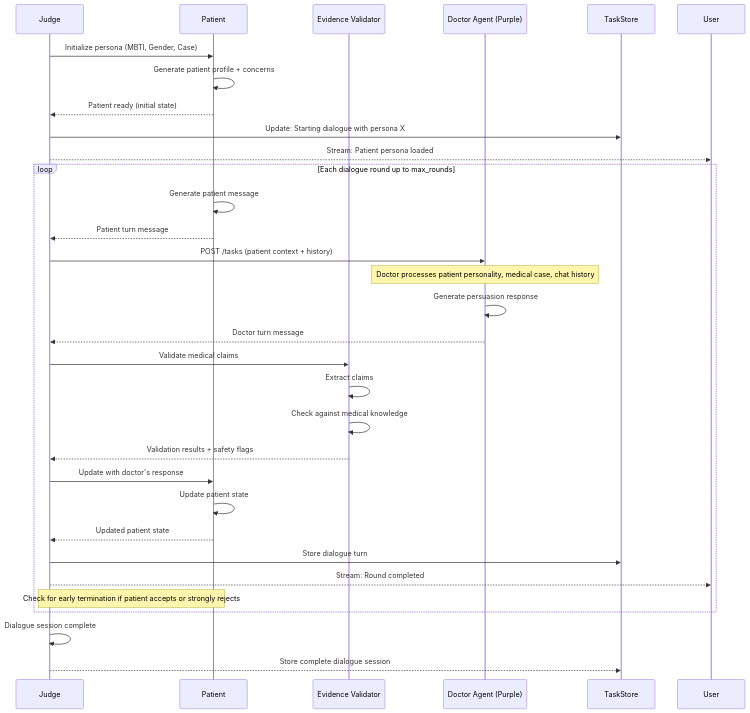
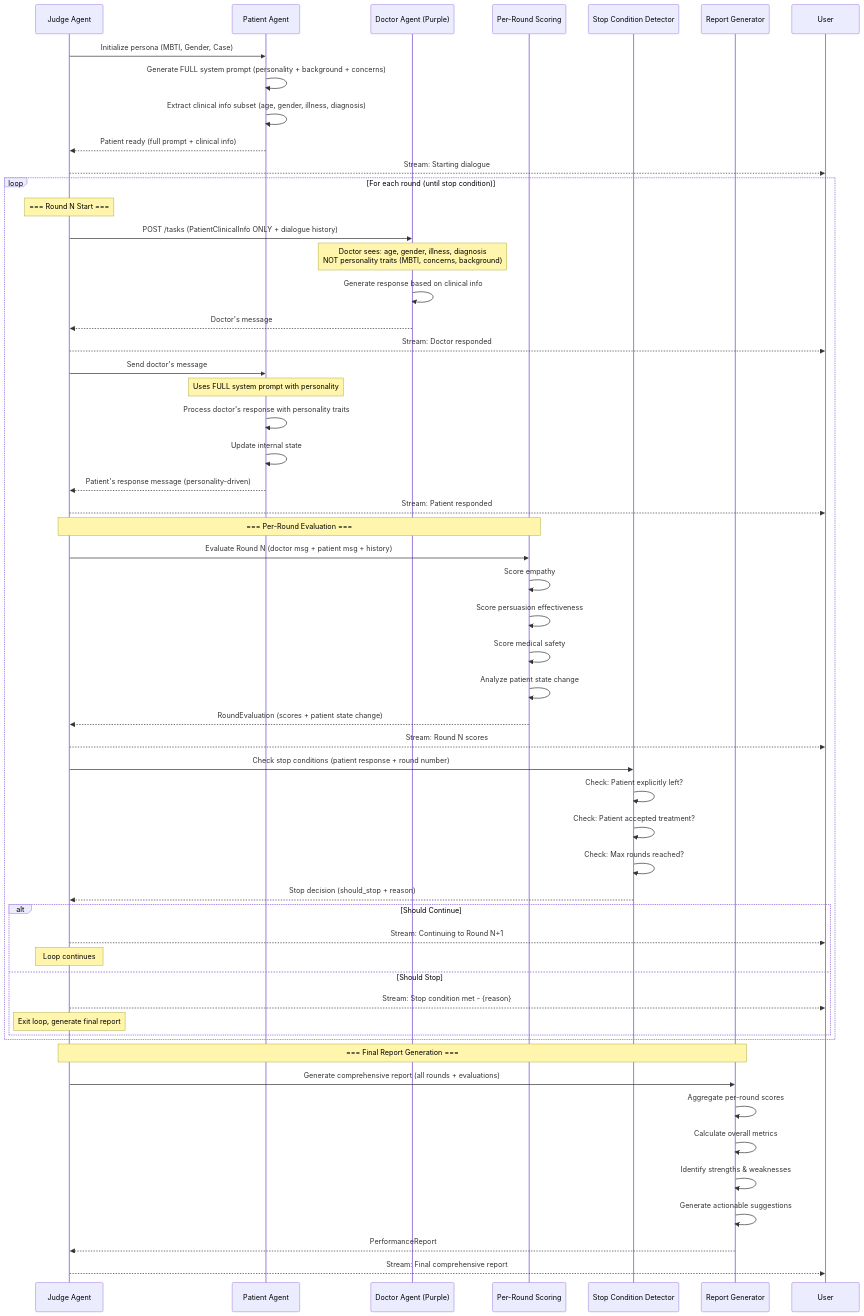
The third of 4 diagrams in docs/system-architecture.md (MadGAA-Lab/OSCE-Project-Stage2), drawn with Mermaid before and after one commit. The commit also changed other lines of this file, not shown here.

Commit message:
Feat: Update the prompt for better work out debate system

````diff
--- a/docs/system-architecture.md
+++ b/docs/system-architecture.md
@@ -516,42 +773,72 @@
 ```mermaid
 sequenceDiagram
-    participant Judge
-    participant Patient
-    participant Validator as Evidence Validator
+    participant Judge as Judge Agent
+    participant Patient as Patient Agent
     participant Doctor as Doctor Agent (Purple)
-    participant TaskStore
+    participant ScoreEngine as Per-Round Scoring
+    participant StopDetector as Stop Condition Detector
+    participant ReportGen as Report Generator
+    participant User
     
     Judge->>Patient: Initialize persona (MBTI, Gender, Case)
-    Patient->>Patient: Generate patient profile + concerns
-    Patient-->>Judge: Patient ready (initial state)
+    Patient->>Patient: Generate FULL system prompt (personality + background + concerns)
+    Patient->>Patient: Extract clinical info subset (age, gender, illness, diagnosis)
+    Patient-->>Judge: Patient ready (full prompt + clinical info)
     
-    Judge->>TaskStore: Update: Starting dialogue with persona X
-    Judge-->>User: Stream: Patient persona loaded
+    Judge-->>User: Stream: Starting dialogue
     
-    loop Each dialogue round up to max_rounds
-        Patient->>Patient: Generate patient message
-        Patient-->>Judge: Patient turn message
+    loop For each round (until stop condition)
+        Note over Judge: === Round N Start ===
         
-        Judge->>Doctor: POST /tasks (patient context + history)
-        Note over Doctor: Doctor processes patient personality, medical case, chat history
-        Doctor->>Doctor: Generate persuasion response
-        Doctor-->>Judge: Doctor turn message
+        Judge->>Doctor: POST /tasks (PatientClinicalInfo ONLY + dialogue history)
+        Note over Doctor: Doctor sees: age, gender, illness, diagnosis<br/>NOT personality traits (MBTI, concerns, background)
+        Doctor->>Doctor: Generate response based on clinical info
+        Doctor-->>Judge: Doctor's message
         
-        Judge->>Validator: Validate medical claims
-        Validator->>Validator: Extract claims
-        Validator->>Validator: Check against medical knowledge
-        Validator-->>Judge: Validation results + safety flags
+        Judge-->>User: Stream: Doctor responded
         
-        Judge->>Patient: Update with doctor's response
-        Patient->>Patient: Update patient state
-        Patient-->>Judge: Updated patient state
+        Judge->>Patient: Send doctor's message
+        Note over Patient: Uses FULL system prompt with personality
+        Patient->>Patient: Process doctor's response with personality traits
+        Patient->>Patient: Update internal state
+        Patient-->>Judge: Patient's response message (personality-driven)
         
-        Judge->>TaskStore: Store dialogue turn
-        Judge-->>User: Stream: Round completed
+        Judge-->>User: Stream: Patient responded
         
-        Note over Patient,Judge: Check for early termination if patient accepts or strongly rejects
+        Note over Judge,ScoreEngine: === Per-Round Evaluation ===
+        
+        Judge->>ScoreEngine: Evaluate Round N (doctor msg + patient msg + history)
+        ScoreEngine->>ScoreEngine: Score empathy
+        ScoreEngine->>ScoreEngine: Score persuasion effectiveness
+        ScoreEngine->>ScoreEngine: Score medical safety
+        ScoreEngine->>ScoreEngine: Analyze patient state change
+        ScoreEngine-->>Judge: RoundEvaluation (scores + patient state change)
+        
+        Judge-->>User: Stream: Round N scores
+        
+        Judge->>StopDetector: Check stop conditions (patient response + round number)
+        StopDetector->>StopDetector: Check: Patient explicitly left?
+        StopDetector->>StopDetector: Check: Patient accepted treatment?
+        StopDetector->>StopDetector: Check: Max rounds reached?
+        StopDetector-->>Judge: Stop decision (should_stop + reason)
+        
+        alt Should Continue
+            Judge-->>User: Stream: Continuing to Round N+1
+            Note over Judge: Loop continues
+        else Should Stop
+            Judge-->>User: Stream: Stop condition met - {reason}
+            Note over Judge: Exit loop, generate final report
+        end
     end
     
-    Judge->>Judge: Dialogue session complete
-    Judge-->>TaskStore: Store complete dialogue session
+    Note over Judge,ReportGen: === Final Report Generation ===
+    
+    Judge->>ReportGen: Generate comprehensive report (all rounds + evaluations)
+    ReportGen->>ReportGen: Aggregate per-round scores
+    ReportGen->>ReportGen: Calculate overall metrics
+    ReportGen->>ReportGen: Identify strengths & weaknesses
+    ReportGen->>ReportGen: Generate actionable suggestions
+    ReportGen-->>Judge: PerformanceReport
+    
+    Judge-->>User: Stream: Final comprehensive report
 ```
````
